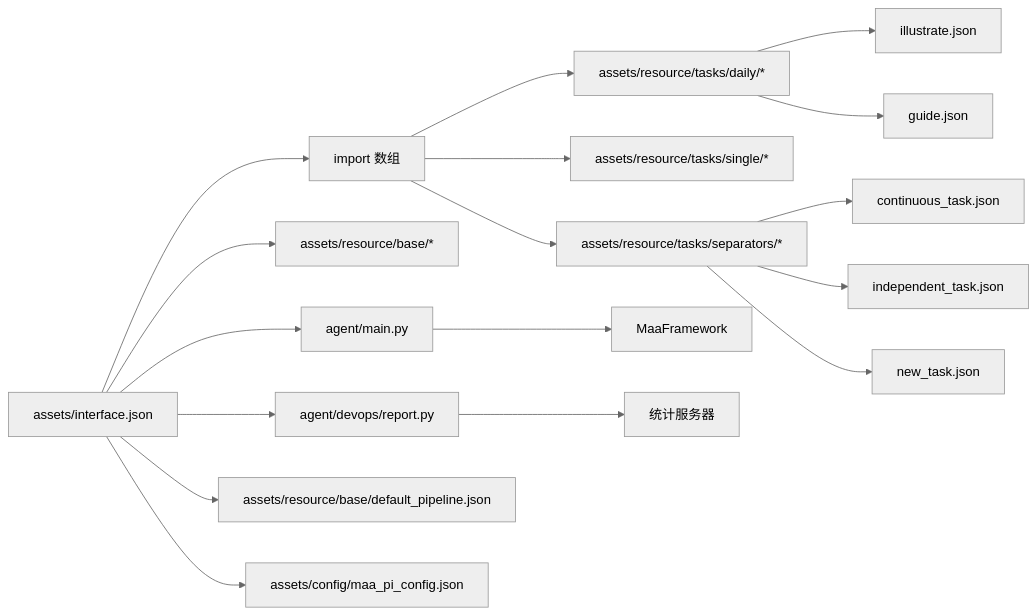
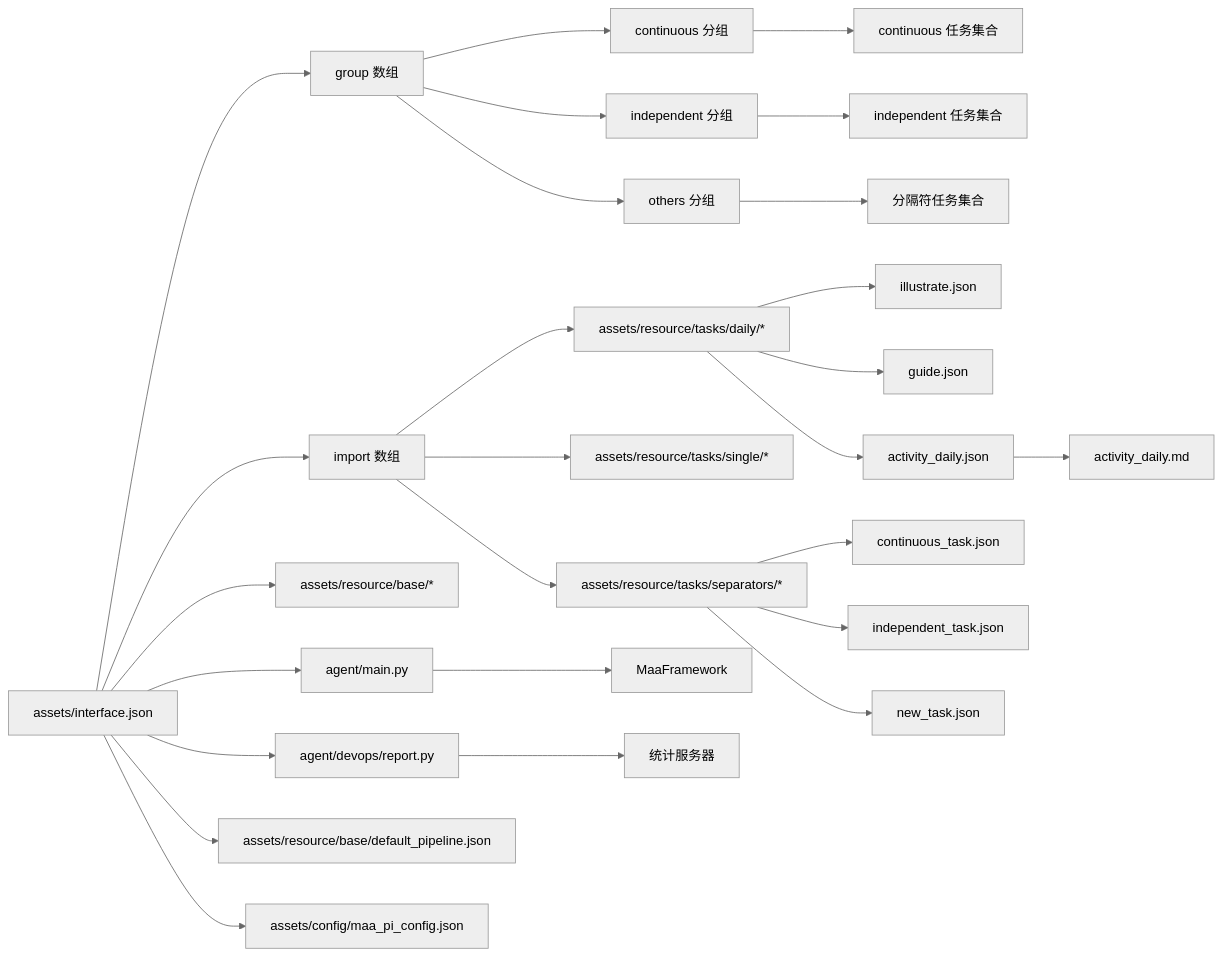
One commit to kqcoxn/MaaDuDuL changed the eighth of 8 diagrams in .qoder/repowiki/zh/content/系统架构与设计/配置体系与资源管理/界面接口配置/界面接口配置.md. Above: the diagram before and after it, drawn with Mermaid (neutral theme). The commit also changed other lines of this file and 12 other files, not shown here.

````diff
--- a/.qoder/repowiki/zh/content/系统架构与设计/配置体系与资源管理/界面接口配置/界面接口配置.md
+++ b/.qoder/repowiki/zh/content/系统架构与设计/配置体系与资源管理/界面接口配置/界面接口配置.md
@@ -443,19 +533,28 @@
 ```mermaid
 graph LR
-IF["assets/interface.json"] --> IMPORT["import 数组"]
+IF["assets/interface.json"] --> GROUP["group 数组"]
+IF --> IMPORT["import 数组"]
+GROUP --> CONT["continuous 分组"]
+GROUP --> INDEP["independent 分组"]
+GROUP --> OTHERS["others 分组"]
 IMPORT --> DAILY["assets/resource/tasks/daily/*"]
 IMPORT --> SINGLE["assets/resource/tasks/single/*"]
 IMPORT --> SEPARATORS["assets/resource/tasks/separators/*"]
 IF --> RES["assets/resource/base/*"]
 IF --> AG["agent/main.py"]
 IF --> DEVOPS["agent/devops/report.py"]
 AG --> FW["MaaFramework"]
 DEVOPS --> SERVER["统计服务器"]
 IF --> PIPE["assets/resource/base/default_pipeline.json"]
 IF --> CFG["assets/config/maa_pi_config.json"]
 DAILY --> ILLUSTRATE["illustrate.json"]
 DAILY --> GUIDE["guide.json"]
+DAILY --> ACTIVITY["activity_daily.json"]
 SEPARATORS --> CONTINUOUS["continuous_task.json"]
 SEPARATORS --> INDEPENDENT["independent_task.json"]
 SEPARATORS --> NEW["new_task.json"]
+CONT --> TASKS1["continuous 任务集合"]
+INDEP --> TASKS2["independent 任务集合"]
+OTHERS --> TASKS3["分隔符任务集合"]
+ACTIVITY --> ACTIVITY_DESC["activity_daily.md"]
 ```
````
